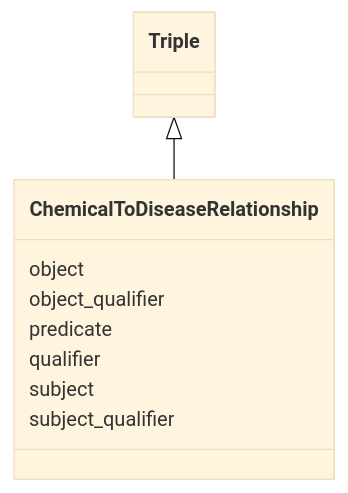
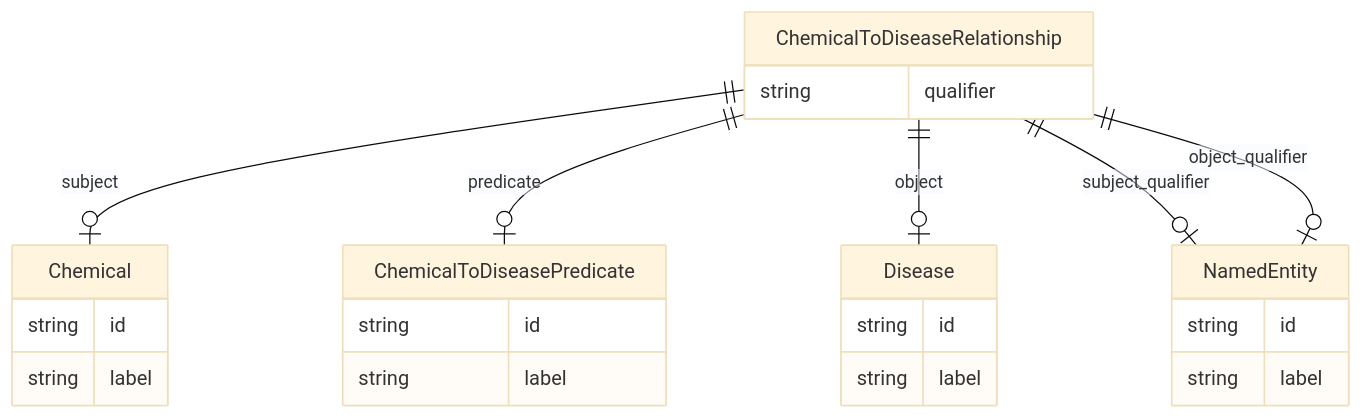
One commit to monarch-initiative/ontogpt changed the diagram in docs/ctd/ChemicalToDiseaseRelationship.md. Above: the diagram before and after it, drawn with Mermaid (base theme). The commit also changed other lines of this file and 187 other files, not shown here.

````diff
--- a/docs/ctd/ChemicalToDiseaseRelationship.md
+++ b/docs/ctd/ChemicalToDiseaseRelationship.md
@@ -10,13 +10,29 @@
 ```mermaid
- classDiagram
-    class ChemicalToDiseaseRelationship
-      Triple <|-- ChemicalToDiseaseRelationship
-      
-      ChemicalToDiseaseRelationship : object
-      ChemicalToDiseaseRelationship : object_qualifier
-      ChemicalToDiseaseRelationship : predicate
-      ChemicalToDiseaseRelationship : qualifier
-      ChemicalToDiseaseRelationship : subject
-      ChemicalToDiseaseRelationship : subject_qualifier
-      
+erDiagram
+ChemicalToDiseaseRelationship {
+    string qualifier  
+}
+NamedEntity {
+    string id  
+    string label  
+}
+Disease {
+    string id  
+    string label  
+}
+ChemicalToDiseasePredicate {
+    string id  
+    string label  
+}
+Chemical {
+    string id  
+    string label  
+}
+
+ChemicalToDiseaseRelationship ||--|o Chemical : "subject"
+ChemicalToDiseaseRelationship ||--|o ChemicalToDiseasePredicate : "predicate"
+ChemicalToDiseaseRelationship ||--|o Disease : "object"
+ChemicalToDiseaseRelationship ||--|o NamedEntity : "subject_qualifier"
+ChemicalToDiseaseRelationship ||--|o NamedEntity : "object_qualifier"
+
 ```
````
